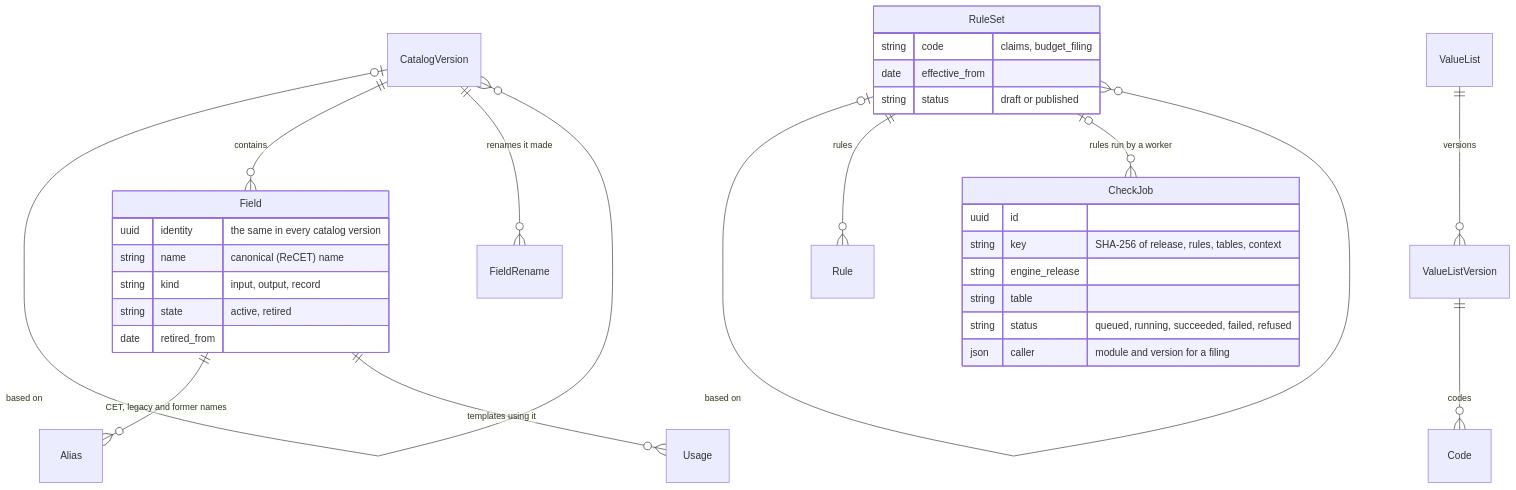
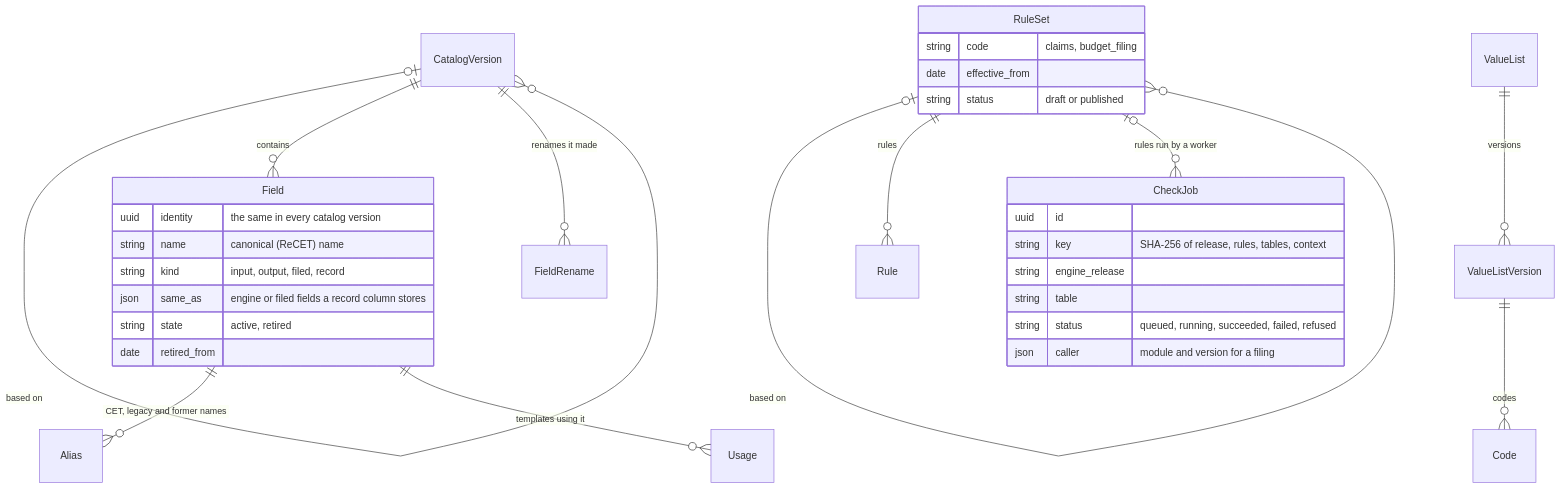
Before and after one commit to JRichardson-PGE/CEDARS-Platform: diagram 13 of 39 in docs/ARCHITECTURE_AS_BUILT.md, drawn with Mermaid. The commit also changed other lines of this file and 13 other files, not shown here.

Commit message:
Data dictionary: filed fields from the filing specifications, and same-as links from platform records to the fields they store

````diff
--- a/docs/ARCHITECTURE_AS_BUILT.md
+++ b/docs/ARCHITECTURE_AS_BUILT.md
@@ -866,33 +866,34 @@
 ```mermaid
 erDiagram
   CatalogVersion |o--o{ CatalogVersion : "based on"
   CatalogVersion ||--o{ Field : contains
   CatalogVersion ||--o{ FieldRename : "renames it made"
   Field ||--o{ Alias : "CET, legacy and former names"
   Field ||--o{ Usage : "templates using it"
   ValueList ||--o{ ValueListVersion : versions
   ValueListVersion ||--o{ Code : codes
   RuleSet |o--o{ RuleSet : "based on"
   RuleSet ||--o{ Rule : rules
   RuleSet |o--o{ CheckJob : "rules run by a worker"
   Field {
     uuid identity "the same in every catalog version"
     string name "canonical (ReCET) name"
-    string kind "input, output, record"
+    string kind "input, output, filed, record"
+    json same_as "engine or filed fields a record column stores"
     string state "active, retired"
     date retired_from
   }
   RuleSet {
     string code "claims, budget_filing"
     date effective_from
     string status "draft or published"
   }
   CheckJob {
     uuid id
     string key "SHA-256 of release, rules, tables, context"
     string engine_release
     string table
     string status "queued, running, succeeded, failed, refused"
     json caller "module and version for a filing"
   }
 ```
````
